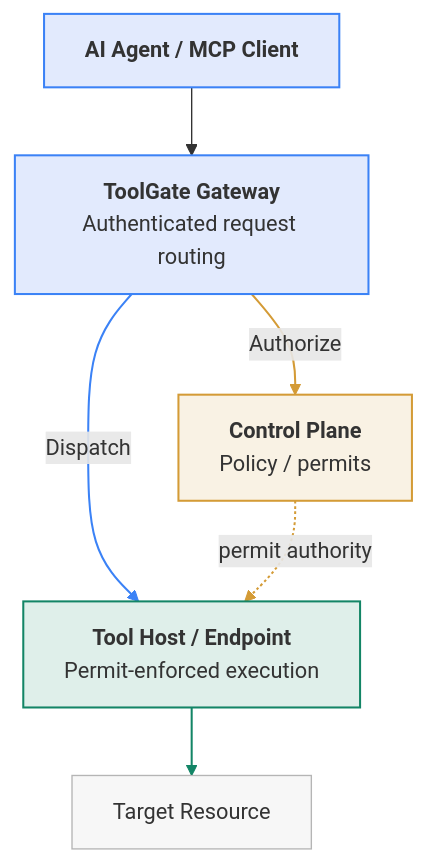
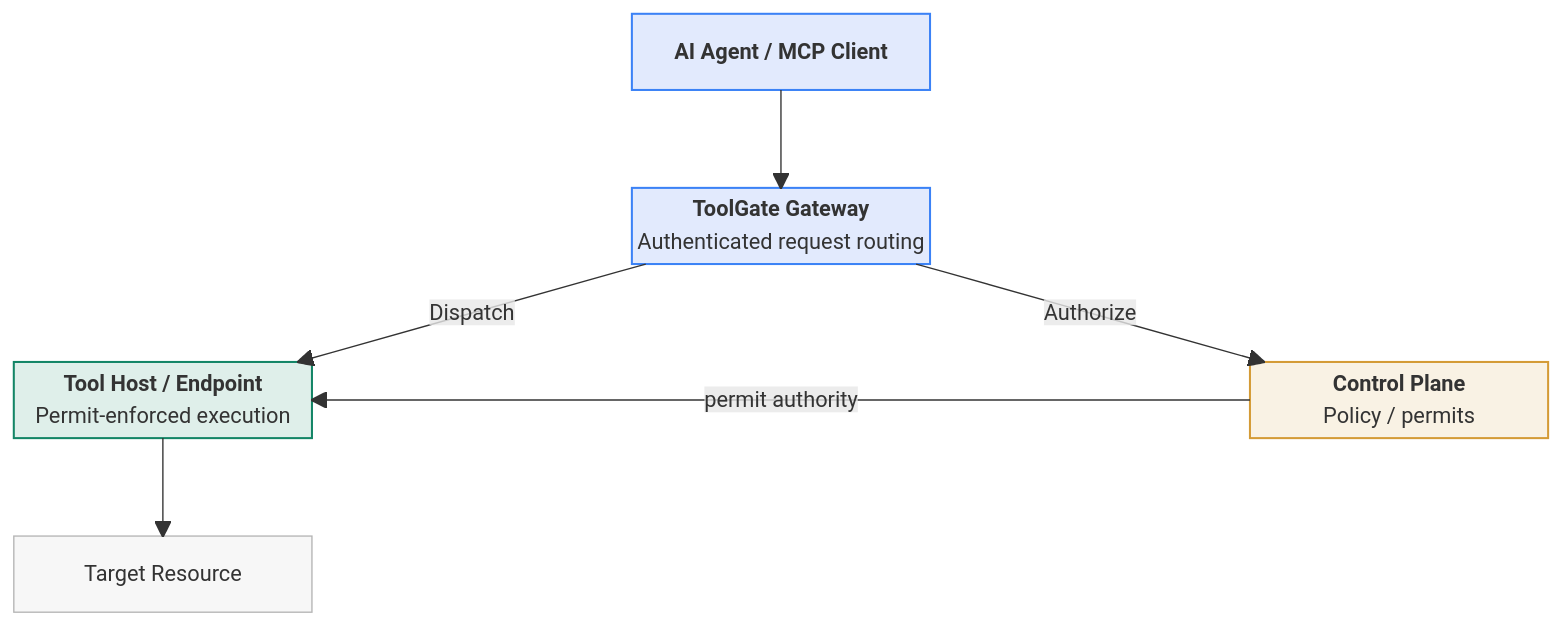
Before and after one commit to Aaqibhafeezkhan/olo-toolgate: the diagram in README.md, drawn with Mermaid. The commit also changed other lines of this file, not shown here.

Commit message:
Lay out the README architecture to match the reference structure
Use a Mermaid block diagram so the executor and Control Plane sit side by
side under the Gateway, with Dispatch and Authorize branches and a
permit-authority edge from Control to the executor.

````diff
--- a/README.md
+++ b/README.md
@@ -73,26 +73,26 @@
 ```mermaid
-flowchart TD
-    A["<b>AI Agent / MCP Client</b>"]
-    G["<b>ToolGate Gateway</b><br/>Authenticated request routing"]
-    X["<b>Tool Host / Endpoint</b><br/>Permit-enforced execution"]
-    C["<b>Control Plane</b><br/>Policy / permits"]
-    R["Target Resource"]
+block-beta
+  columns 5
+  space:2 A["<b>AI Agent / MCP Client</b>"] space:2
+  space:5
+  space:2 G["<b>ToolGate Gateway</b><br/>Authenticated request routing"] space:2
+  space:5
+  X["<b>Tool Host / Endpoint</b><br/>Permit-enforced execution"] space:3 C["<b>Control Plane</b><br/>Policy / permits"]
+  space:5
+  R["Target Resource"] space:4
 
-    A --> G
-    G -->|Dispatch| X
-    G -->|Authorize| C
-    C -.->|permit authority| X
-    X --> R
+  A --> G
+  G -- "Dispatch" --> X
+  G -- "Authorize" --> C
+  C -- "permit authority" --> X
+  X --> R
 
-    classDef gateway fill:#2563eb22,stroke:#3b82f6,stroke-width:1.5px
-    classDef control fill:#d49b3622,stroke:#d49b36,stroke-width:1.5px
-    classDef executor fill:#13856622,stroke:#138566,stroke-width:1.5px
-    classDef resource fill:#8881,stroke:#8889,stroke-width:1px
-    class A,G gateway
-    class C control
-    class X executor
-    class R resource
-    linkStyle 1 stroke:#3b82f6,stroke-width:1.5px
-    linkStyle 2,3 stroke:#d49b36,stroke-width:1.5px
-    linkStyle 4 stroke:#138566,stroke-width:1.5px
+  classDef gateway fill:#2563eb22,stroke:#3b82f6,stroke-width:1.5px
+  classDef control fill:#d49b3622,stroke:#d49b36,stroke-width:1.5px
+  classDef executor fill:#13856622,stroke:#138566,stroke-width:1.5px
+  classDef resource fill:#8881,stroke:#8889,stroke-width:1px
+  class A,G gateway
+  class C control
+  class X executor
+  class R resource
 ```
````
